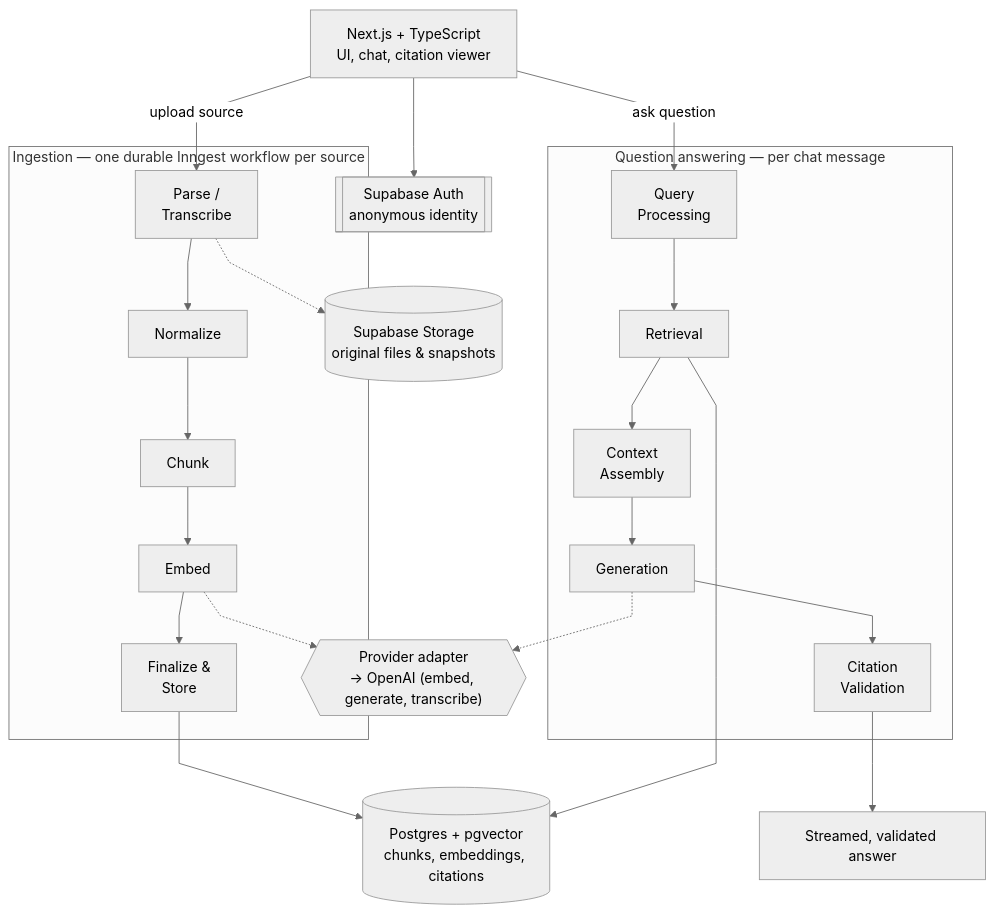
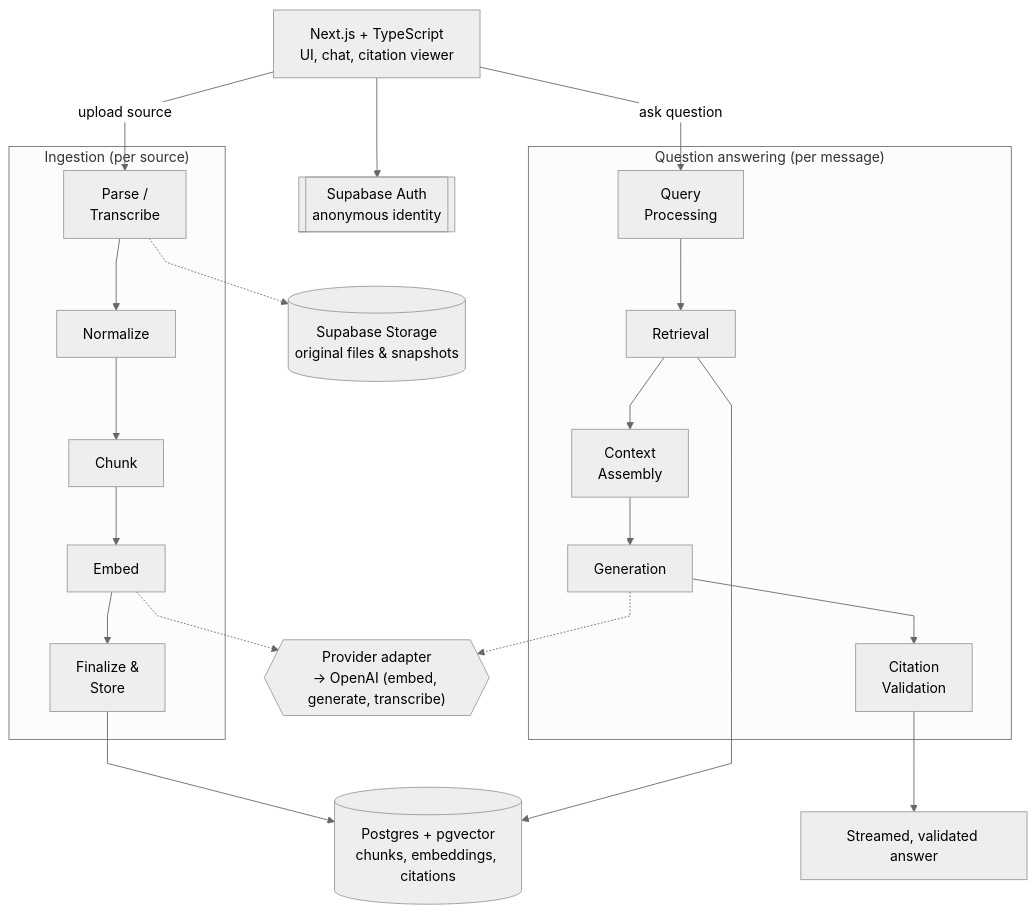
Before and after one commit to kichvel/notebooklm-clone: the diagram in README.md, drawn with Mermaid (neutral theme).

Commit message:
docs: widen node spacing and shorten subgraph titles to stop overlap

````diff
--- a/README.md
+++ b/README.md
@@ -16,29 +16,29 @@
 ```mermaid
-%%{init: {"flowchart": {"nodeSpacing": 30, "rankSpacing": 55, "curve": "linear"}}}%%
+%%{init: {"flowchart": {"nodeSpacing": 70, "rankSpacing": 55, "curve": "linear"}}}%%
 flowchart TB
     UI["Next.js + TypeScript<br/>UI, chat, citation viewer"]
     Auth[["Supabase Auth<br/>anonymous identity"]]
     UI --> Auth
 
     UI -- "upload source" --> I1
-    subgraph Ingest["Ingestion — one durable Inngest workflow per source"]
+    subgraph Ingest["Ingestion (per source)"]
         I1["Parse /<br/>Transcribe"] --> I2["Normalize"] --> I3["Chunk"] --> I4["Embed"] --> I5["Finalize &<br/>Store"]
     end
 
     UI -- "ask question" --> Q1
-    subgraph QA["Question answering — per chat message"]
+    subgraph QA["Question answering (per message)"]
         Q1["Query<br/>Processing"] --> Q2["Retrieval"] --> Q3["Context<br/>Assembly"] --> Q4["Generation"] --> Q5["Citation<br/>Validation"]
     end
 
     DB[("Postgres + pgvector<br/>chunks, embeddings, citations")]
     FileStore[("Supabase Storage<br/>original files & snapshots")]
     Provider{{"Provider adapter<br/>→ OpenAI (embed, generate, transcribe)"}}
 
     I1 -.-> FileStore
     I4 -.-> Provider
     I5 --> DB
 
     Q2 --> DB
     Q4 -.-> Provider
     Q5 --> Answer["Streamed, validated answer"]
 ```
````
